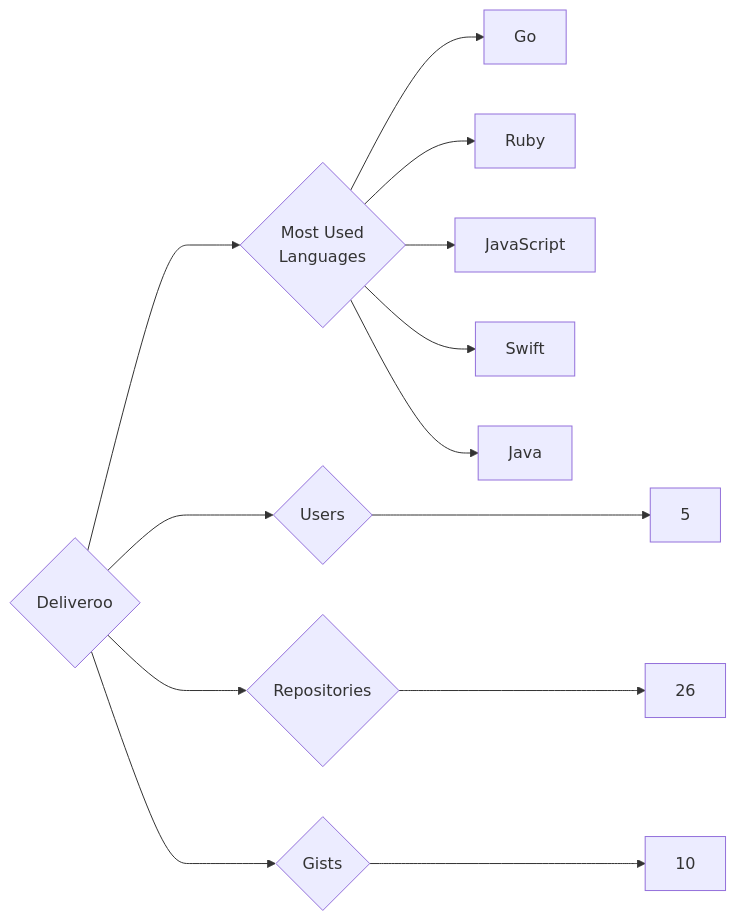
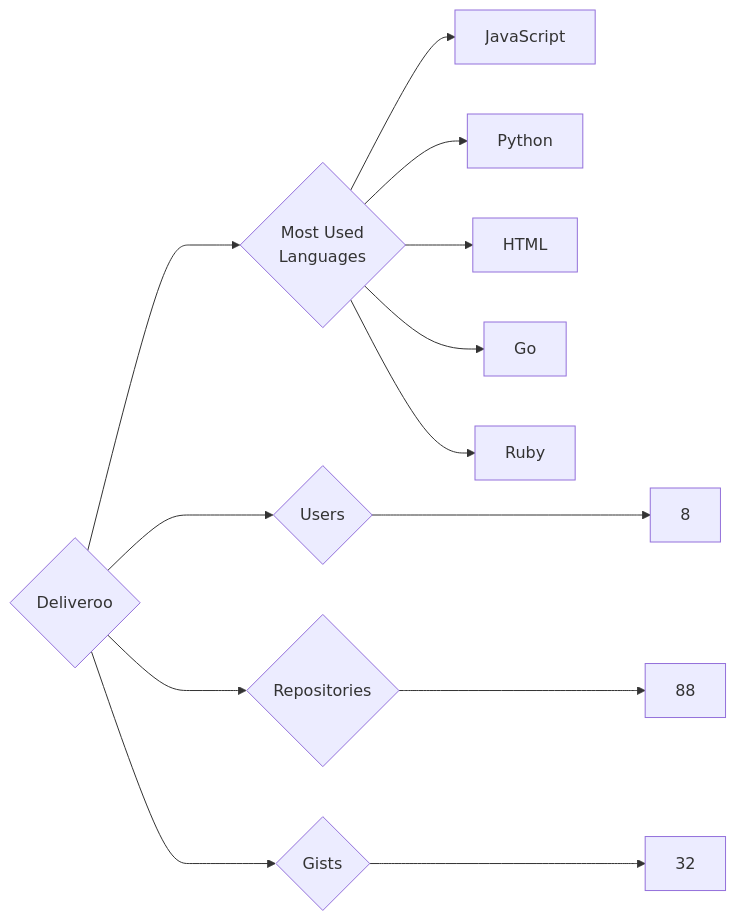
Before and after one commit to trickest/insiders: the diagram in targets/Deliveroo/README.md, drawn with Mermaid. The commit also changed 1089 other files, not shown here.

````diff
--- a/targets/Deliveroo/README.md
+++ b/targets/Deliveroo/README.md
@@ -3,13 +3,13 @@
 ```mermaid
 graph LR
 COMPANY_NAME{Deliveroo}
-COMPANY_NAME ---> U{Users} ---> UN[5]
-COMPANY_NAME ---> R{Repositories} ---> RN[26]
-COMPANY_NAME ---> G{Gists} ---> GN[10]
+COMPANY_NAME ---> U{Users} ---> UN[8]
+COMPANY_NAME ---> R{Repositories} ---> RN[88]
+COMPANY_NAME ---> G{Gists} ---> GN[32]
 COMPANY_NAME ---> ML{Most Used<br>Languages}
+ML --> JavaScript[JavaScript]
+ML --> Python[Python]
+ML --> HTML[HTML]
 ML --> Go[Go]
 ML --> Ruby[Ruby]
-ML --> JavaScript[JavaScript]
-ML --> Swift[Swift]
-ML --> Java[Java]
 ```
````
